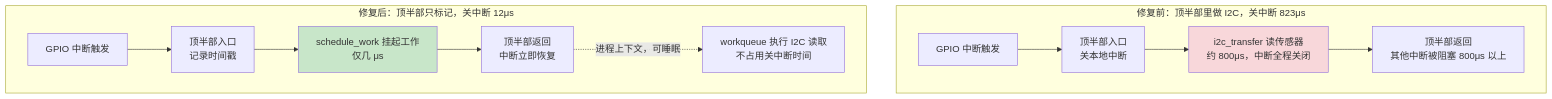
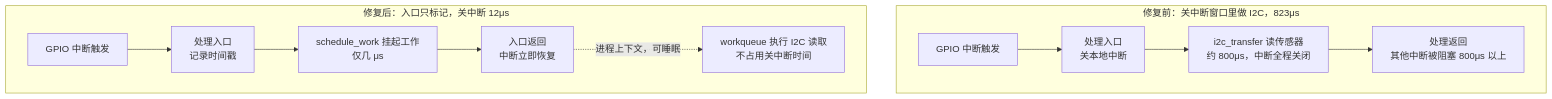
The diagram in docs/02-核心机制深度解析/第10章 中断与时间/10.7.1_实战GPIO中断延迟排查.md (xiaohong0925/Embedded_Knowledge_System_V2026), drawn with Mermaid before and after one commit. The commit also changed other lines of this file and 10 other files, not shown here.

````diff
--- a/docs/02-核心机制深度解析/第10章 中断与时间/10.7.1_实战GPIO中断延迟排查.md
+++ b/docs/02-核心机制深度解析/第10章 中断与时间/10.7.1_实战GPIO中断延迟排查.md
@@ -146,16 +142,14 @@
 ```mermaid
 flowchart TB
-    subgraph BAD["修复前：顶半部里做 I2C，关中断 823μs"]
-        B1["GPIO 中断触发"] --> B2["顶半部入口<br/>关本地中断"]
+    subgraph BAD["修复前：关中断窗口里做 I2C，823μs"]
+        B1["GPIO 中断触发"] --> B2["处理入口<br/>关本地中断"]
         B2 --> B3["i2c_transfer 读传感器<br/>约 800μs，中断全程关闭"]
-        B3 --> B4["顶半部返回<br/>其他中断被阻塞 800μs 以上"]
+        B3 --> B4["处理返回<br/>其他中断被阻塞 800μs 以上"]
     end
-    subgraph GOOD["修复后：顶半部只标记，关中断 12μs"]
-        G1["GPIO 中断触发"] --> G2["顶半部入口<br/>记录时间戳"]
+    subgraph GOOD["修复后：入口只标记，关中断 12μs"]
+        G1["GPIO 中断触发"] --> G2["处理入口<br/>记录时间戳"]
         G2 --> G3["schedule_work 挂起工作<br/>仅几 μs"]
-        G3 --> G4["顶半部返回<br/>中断立即恢复"]
+        G3 --> G4["入口返回<br/>中断立即恢复"]
         G4 -.->|"进程上下文，可睡眠"| G5["workqueue 执行 I2C 读取<br/>不占用关中断时间"]
     end
-    style B3 fill:#f8d7da
-    style G3 fill:#c8e6c9
 ```
````
